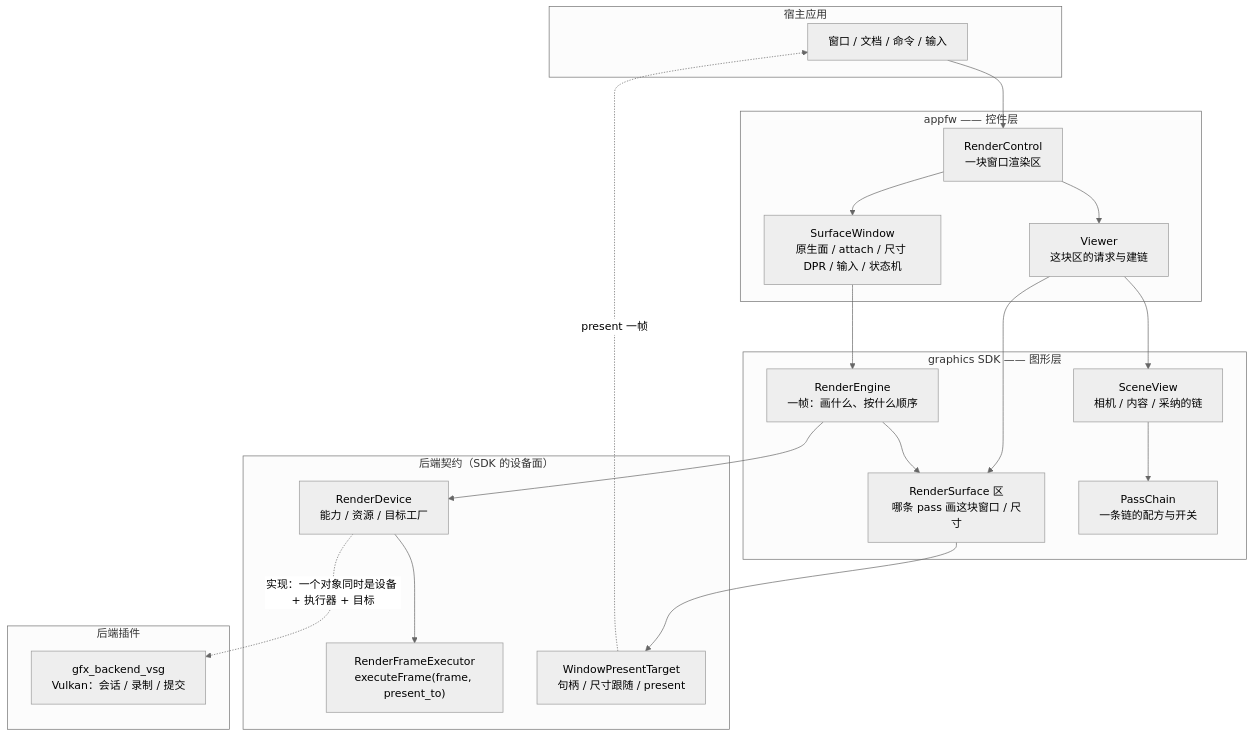
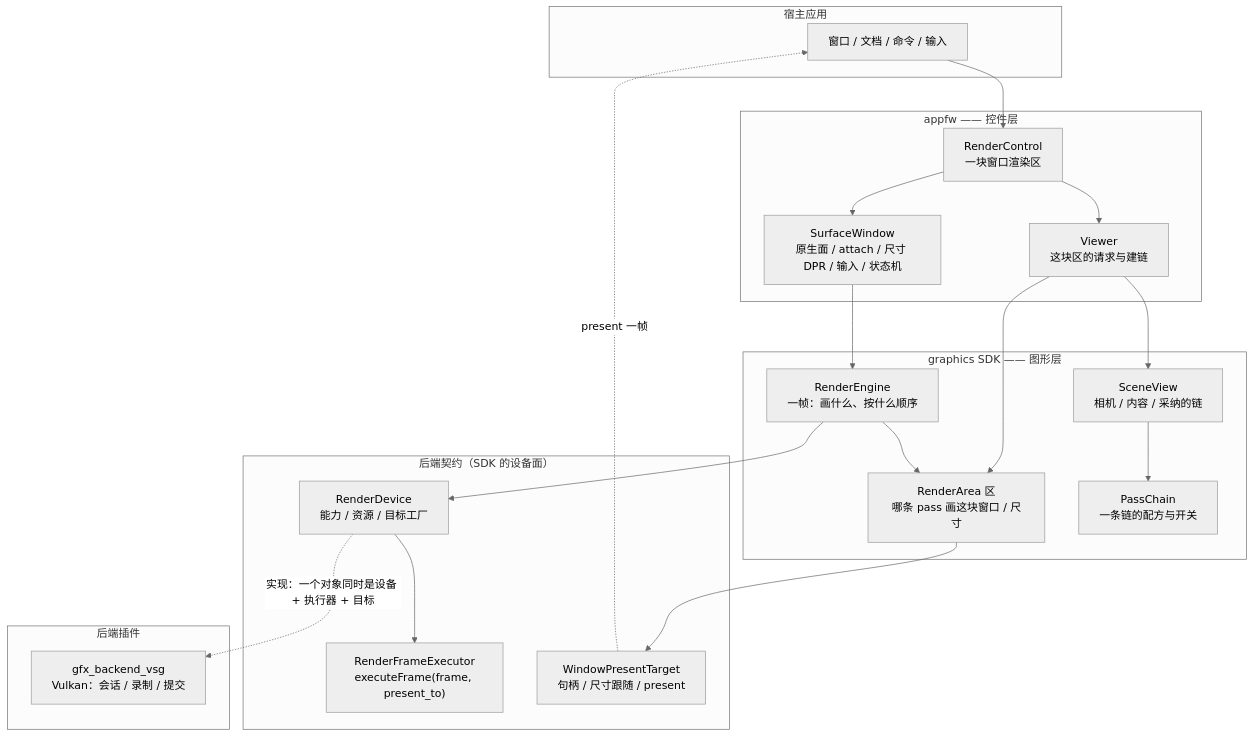
The first of 2 diagrams in docs/guides/render-views.md (lonelyong/Vine), drawn with Mermaid (neutral theme) before and after one commit. The commit also changed other lines of this file and 46 other files, not shown here.

First line of the commit message:
graphics: the area is called RenderArea, surface belongs to the platform (B13)

````diff
--- a/docs/guides/render-views.md
+++ b/docs/guides/render-views.md
@@ -29,43 +29,43 @@
 ```mermaid
 graph TB
     subgraph app["宿主应用"]
         HOST["窗口 / 文档 / 命令 / 输入"]
     end
 
     subgraph fw["appfw —— 控件层"]
         RC["RenderControl<br/>一块窗口渲染区"]
         SW["SurfaceWindow<br/>原生面 / attach / 尺寸 DPR / 输入 / 状态机"]
         VW["Viewer<br/>这块区的请求与建链"]
     end
 
     subgraph gfx["graphics SDK —— 图形层"]
         ENG["RenderEngine<br/>一帧：画什么、按什么顺序"]
         VIEW["SceneView<br/>相机 / 内容 / 采纳的链"]
-        AREA["RenderSurface 区<br/>哪条 pass 画这块窗口 / 尺寸"]
+        AREA["RenderArea 区<br/>哪条 pass 画这块窗口 / 尺寸"]
         PIPE["PassChain<br/>一条链的配方与开关"]
     end
 
     subgraph contract["后端契约（SDK 的设备面）"]
         DEV["RenderDevice<br/>能力 / 资源 / 目标工厂"]
         EXE["RenderFrameExecutor<br/>executeFrame(frame, present_to)"]
         TGT["WindowPresentTarget<br/>句柄 / 尺寸跟随 / present"]
     end
 
     subgraph plugin["后端插件"]
         VSG["gfx_backend_vsg<br/>Vulkan：会话 / 录制 / 提交"]
     end
 
     HOST --> RC
     RC --> SW
     RC --> VW
     SW --> ENG
     VW --> VIEW
     VIEW --> PIPE
     VW --> AREA
     ENG --> AREA
     ENG --> DEV
     DEV --> EXE
     DEV -.->|实现：一个对象同时是设备 + 执行器 + 目标| VSG
     AREA --> TGT
     TGT -.->|present 一帧| HOST
 ```
````
